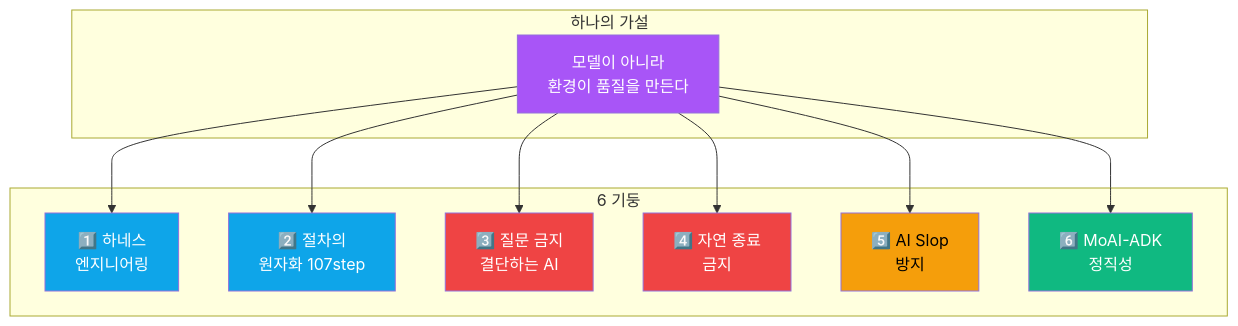
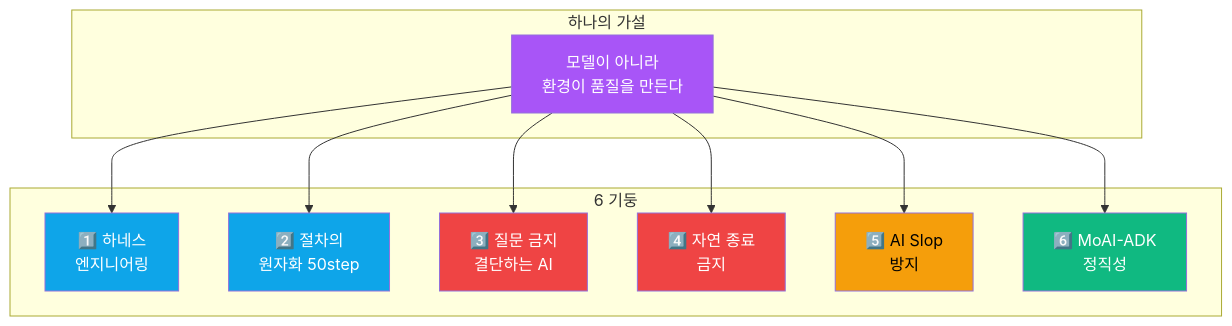
One commit to Technoetic/harness107 changed the third of 4 diagrams in README.md. Above: the diagram before and after it, drawn with Mermaid. The commit also changed other lines of this file and 111 other files, not shown here.

````diff
--- a/README.md
+++ b/README.md
@@ -230,30 +232,30 @@
 ```mermaid
 graph TB
     subgraph philosophy["하나의 가설"]
         H["모델이 아니라<br/>환경이 품질을 만든다"]
     end
 
     subgraph six["6 기둥"]
         P1["1️⃣ 하네스<br/>엔지니어링"]
-        P2["2️⃣ 절차의<br/>원자화 107step"]
+        P2["2️⃣ 절차의<br/>원자화 50step"]
         P3["3️⃣ 질문 금지<br/>결단하는 AI"]
         P4["4️⃣ 자연 종료<br/>금지"]
         P5["5️⃣ AI Slop<br/>방지"]
         P6["6️⃣ MoAI-ADK<br/>정직성"]
     end
 
     H --> P1
     H --> P2
     H --> P3
     H --> P4
     H --> P5
     H --> P6
 
     style H fill:#A855F7,color:#fff
     style P1 fill:#0EA5E9,color:#fff
     style P2 fill:#0EA5E9,color:#fff
     style P3 fill:#EF4444,color:#fff
     style P4 fill:#EF4444,color:#fff
     style P5 fill:#F59E0B,color:#000
     style P6 fill:#10B981,color:#fff
 ```
````
